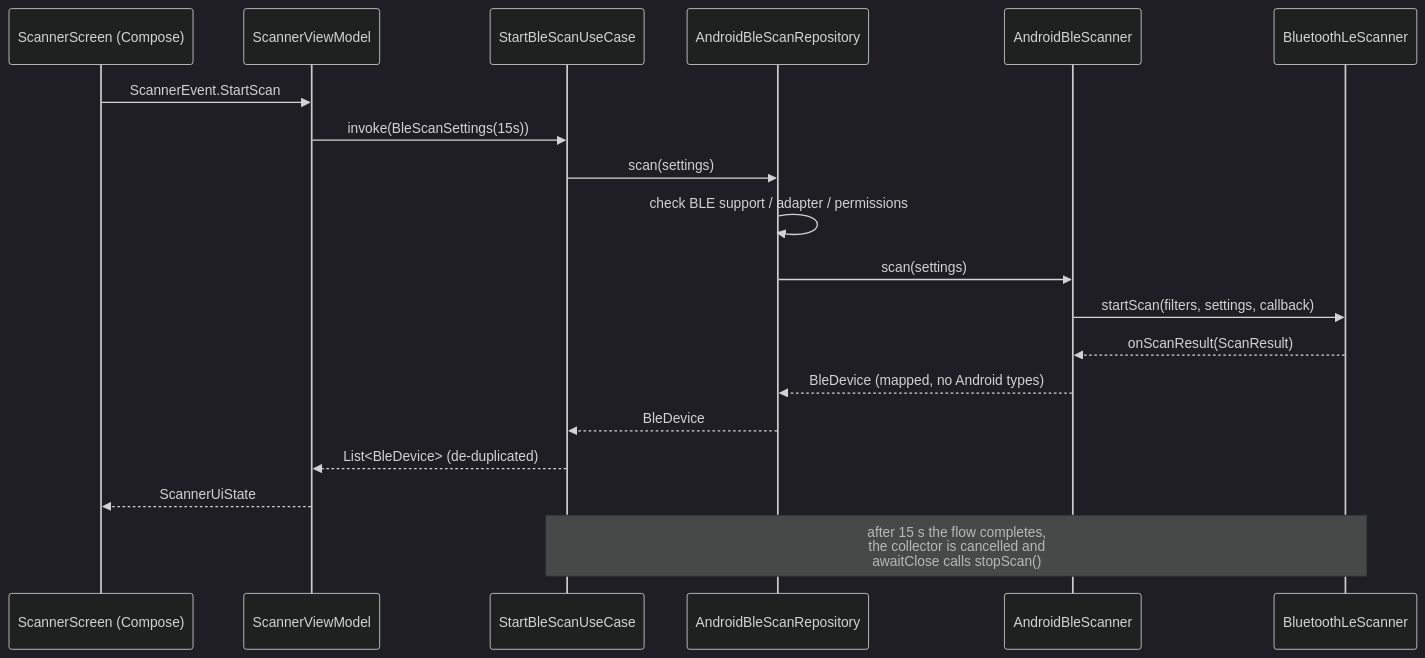
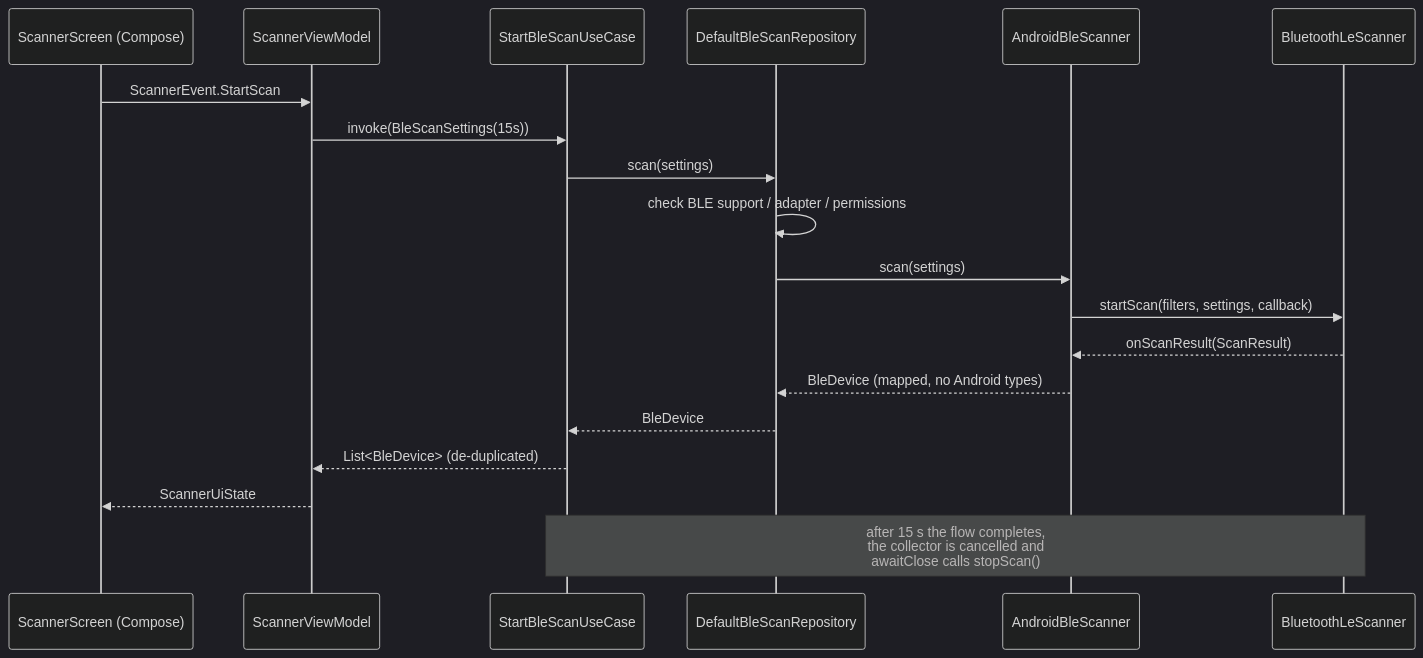
Before and after one commit to radustavila/My-Ble-Sense: the second of 3 diagrams in README.md, drawn with Mermaid (dark theme). The commit also changed other lines of this file and 241 other files, not shown here.

````diff
--- a/README.md
+++ b/README.md
@@ -77,22 +101,22 @@
 ```mermaid
 sequenceDiagram
     participant UI as ScannerScreen (Compose)
     participant VM as ScannerViewModel
     participant UC as StartBleScanUseCase
-    participant Repo as AndroidBleScanRepository
+    participant Repo as DefaultBleScanRepository
     participant Scanner as AndroidBleScanner
     participant OS as BluetoothLeScanner
 
     UI->>VM: ScannerEvent.StartScan
     VM->>UC: invoke(BleScanSettings(15s))
     UC->>Repo: scan(settings)
     Repo->>Repo: check BLE support / adapter / permissions
     Repo->>Scanner: scan(settings)
     Scanner->>OS: startScan(filters, settings, callback)
     OS-->>Scanner: onScanResult(ScanResult)
     Scanner-->>Repo: BleDevice (mapped, no Android types)
     Repo-->>UC: BleDevice
     UC-->>VM: List<BleDevice> (de-duplicated)
     VM-->>UI: ScannerUiState
     Note over UC,OS: after 15 s the flow completes,<br/>the collector is cancelled and<br/>awaitClose calls stopScan()
 ```
````
